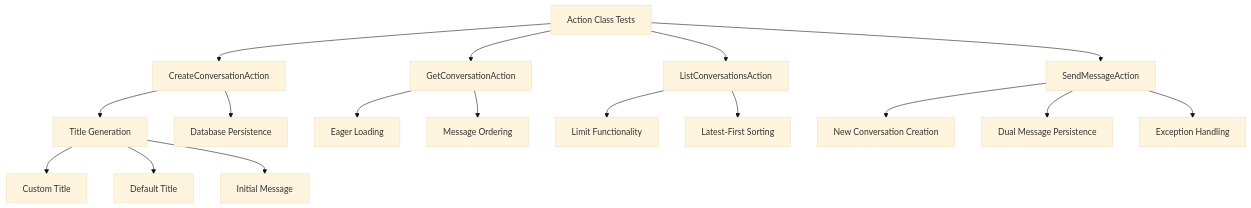
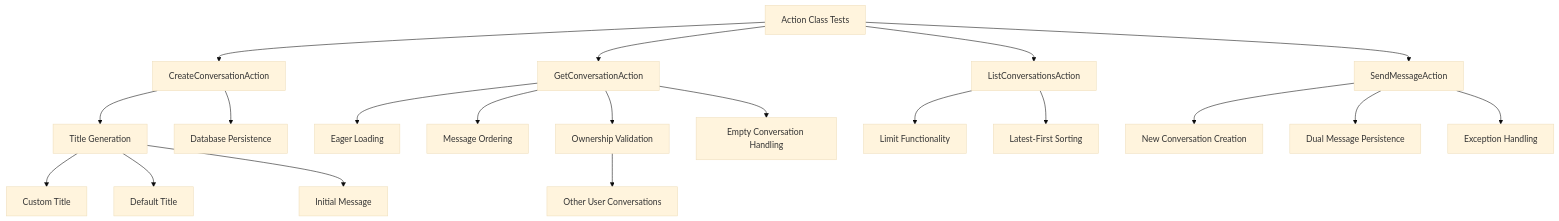
One commit to siimliimand/laravel-assistant changed the fourth of 12 diagrams in .qoder/repowiki/en/content/Testing Infrastructure/Testing Infrastructure.md. Above: the diagram before and after it, drawn with Mermaid (base theme). The commit also changed other lines of this file and 5 other files, not shown here.

First line of the commit message:
feat(auth): integrate comprehensive user authentication and ownership validation

````diff
--- a/.qoder/repowiki/en/content/Testing Infrastructure/Testing Infrastructure.md
+++ b/.qoder/repowiki/en/content/Testing Infrastructure/Testing Infrastructure.md
@@ -509,19 +540,22 @@
 ```mermaid
 flowchart TD
 ActionTests["Action Class Tests"] --> Create["CreateConversationAction"]
 Create --> TitleGen["Title Generation"]
 TitleGen --> CustomTitle["Custom Title"]
 TitleGen --> DefaultTitle["Default Title"]
 TitleGen --> InitialMsg["Initial Message"]
 Create --> Persistence["Database Persistence"]
 ActionTests --> Get["GetConversationAction"]
 Get --> EagerLoad["Eager Loading"]
 Get --> OrderBy["Message Ordering"]
+Get --> Ownership["Ownership Validation"]
+Ownership --> OtherUser["Other User Conversations"]
+Get --> EmptyConv["Empty Conversation Handling"]
 ActionTests --> List["ListConversationsAction"]
 List --> Limit["Limit Functionality"]
 List --> Sort["Latest-First Sorting"]
 ActionTests --> Send["SendMessageAction"]
 Send --> NewConv["New Conversation Creation"]
 Send --> DualPersist["Dual Message Persistence"]
 Send --> Exception["Exception Handling"]
 ```
````
